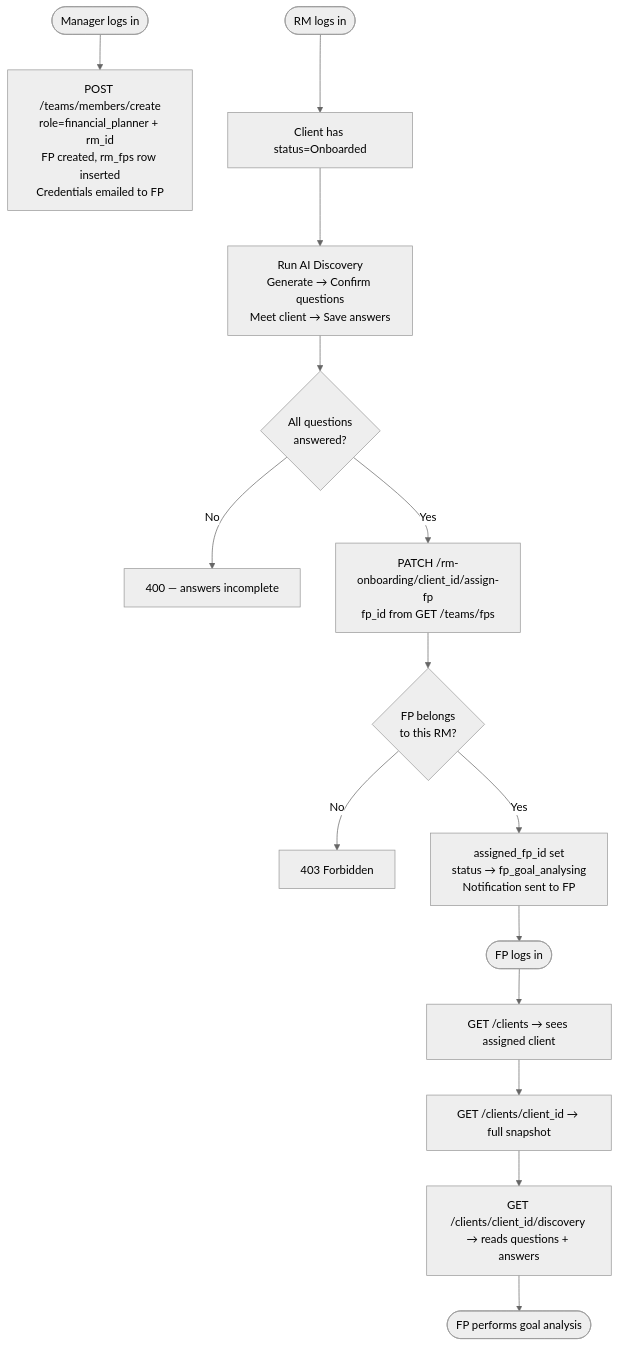
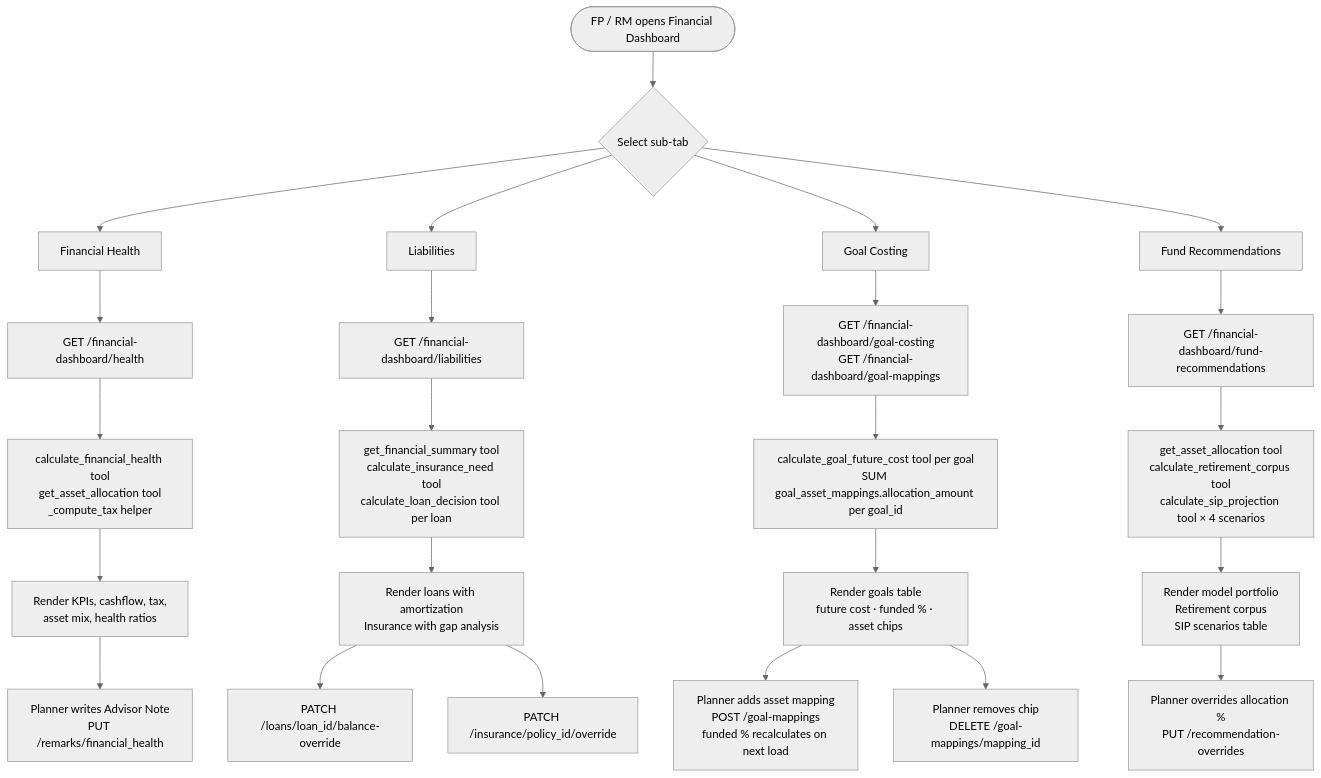
Before and after one commit to rutuja0102/test: the diagram in README.md, drawn with Mermaid (neutral theme). The commit also changed other lines of this file, not shown here.

````diff
--- a/README.md
+++ b/README.md
@@ -207,19 +362,30 @@
 ```mermaid
 flowchart TD
-    A([Manager logs in]) --> B[POST /teams/members/create\nrole=financial_planner + rm_id\nFP created, rm_fps row inserted\nCredentials emailed to FP]
+    A([FP / RM opens Financial Dashboard]) --> B{Select sub-tab}
 
-    C([RM logs in]) --> D[Client has status=Onboarded]
-    D --> E[Run AI Discovery\nGenerate → Confirm questions\nMeet client → Save answers]
-    E --> F{All questions\nanswered?}
-    F -- No --> G[400 — answers incomplete]
-    F -- Yes --> H[PATCH /rm-onboarding/client_id/assign-fp\nfp_id from GET /teams/fps]
-    H --> I{FP belongs\nto this RM?}
-    I -- No --> J[403 Forbidden]
-    I -- Yes --> K[assigned_fp_id set\nstatus → fp_goal_analysing\nNotification sent to FP]
+    B --> C[Financial Health]
+    C --> C1[GET /financial-dashboard/health]
+    C1 --> C2[calculate_financial_health tool\nget_asset_allocation tool\n_compute_tax helper]
+    C2 --> C3[Render KPIs, cashflow, tax,\nasset mix, health ratios]
+    C3 --> C4[Planner writes Advisor Note\nPUT /remarks/financial_health]
 
-    K --> L([FP logs in])
-    L --> M[GET /clients → sees assigned client]
-    M --> N[GET /clients/client_id → full snapshot]
-    N --> O[GET /clients/client_id/discovery → reads questions + answers]
-    O --> P([FP performs goal analysis])
+    B --> D[Liabilities]
+    D --> D1[GET /financial-dashboard/liabilities]
+    D1 --> D2[get_financial_summary tool\ncalculate_insurance_need tool\ncalculate_loan_decision tool per loan]
+    D2 --> D3[Render loans with amortization\nInsurance with gap analysis]
+    D3 --> D4[PATCH /loans/loan_id/balance-override]
+    D3 --> D5[PATCH /insurance/policy_id/override]
+
+    B --> E[Goal Costing]
+    E --> E1[GET /financial-dashboard/goal-costing\nGET /financial-dashboard/goal-mappings]
+    E1 --> E2[calculate_goal_future_cost tool per goal\nSUM goal_asset_mappings.allocation_amount per goal_id]
+    E2 --> E3[Render goals table\nfuture cost · funded % · asset chips]
+    E3 --> E4[Planner adds asset mapping\nPOST /goal-mappings\nfunded % recalculates on next load]
+    E3 --> E5[Planner removes chip\nDELETE /goal-mappings/mapping_id]
+
+    B --> F[Fund Recommendations]
+    F --> F1[GET /financial-dashboard/fund-recommendations]
+    F1 --> F2[get_asset_allocation tool\ncalculate_retirement_corpus tool\ncalculate_sip_projection tool × 4 scenarios]
+    F2 --> F3[Render model portfolio\nRetirement corpus\nSIP scenarios table]
+    F3 --> F4[Planner overrides allocation %\nPUT /recommendation-overrides]
 ```
````
